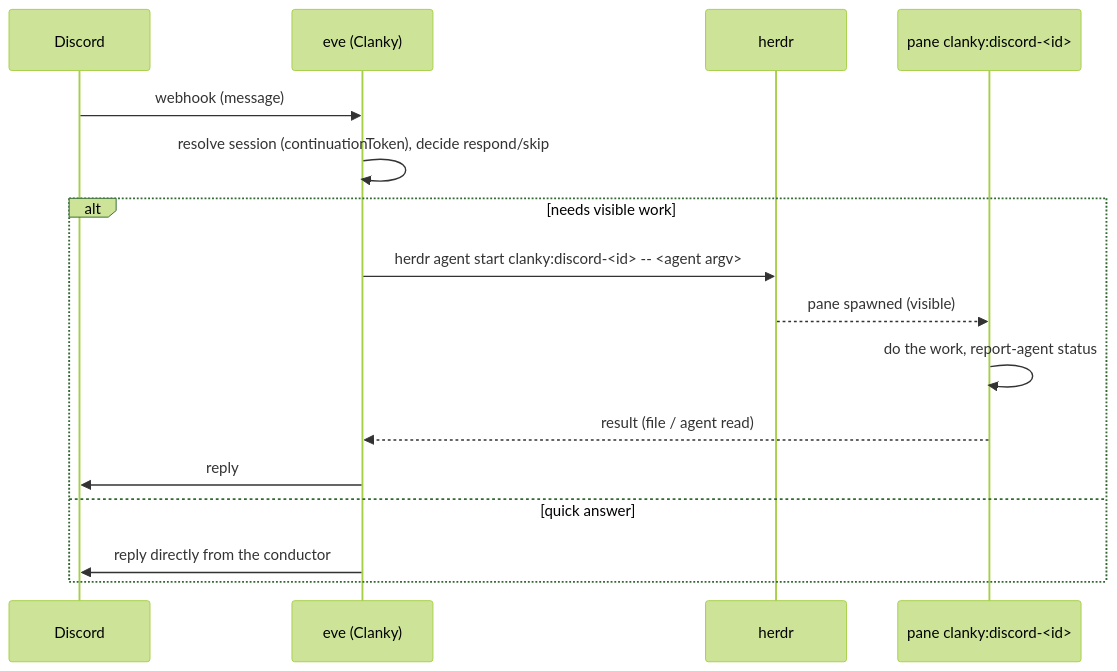
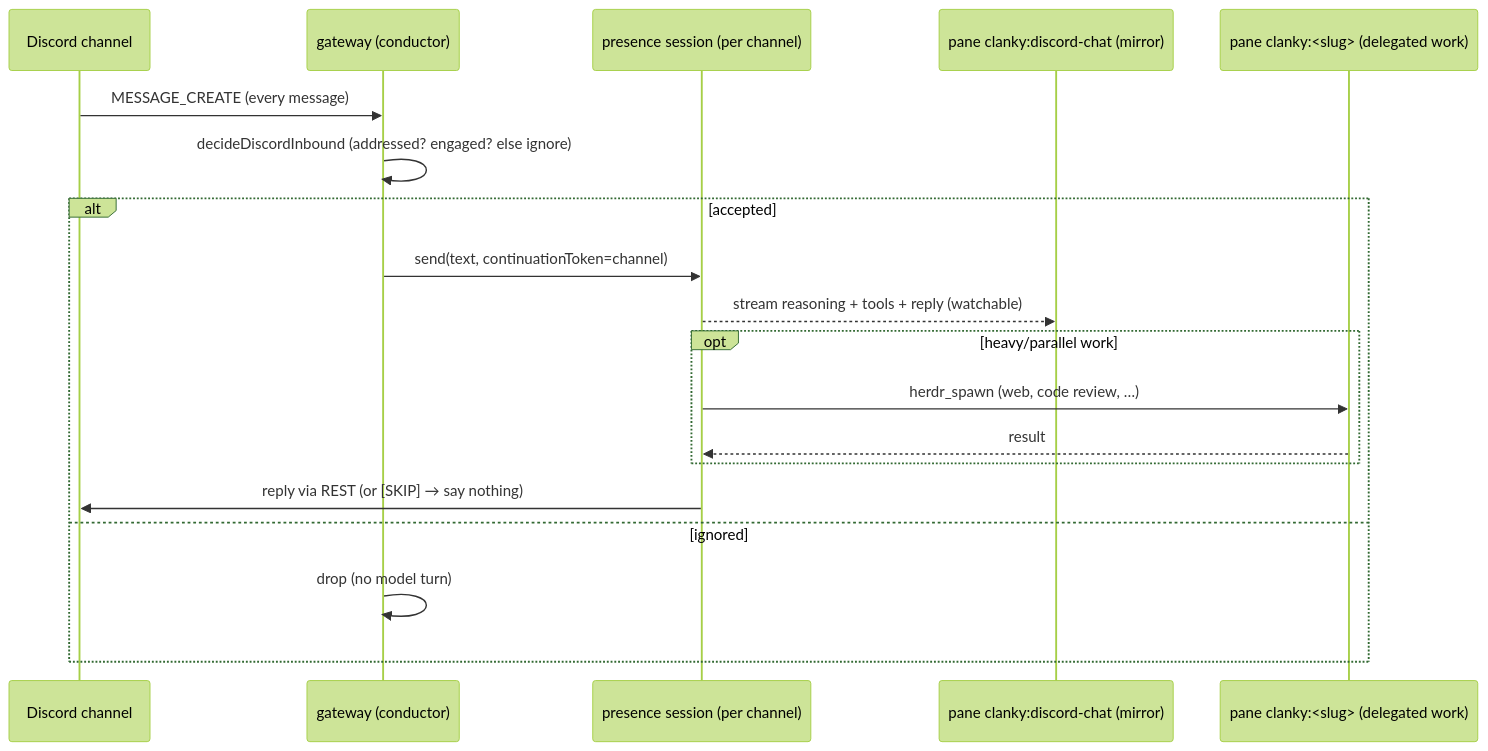
Before and after one commit to Volpestyle/clanky: the third of 3 diagrams in SPEC.md, drawn with Mermaid (forest theme). The commit also changed other lines of this file and 15 other files, not shown here.

````diff
--- a/SPEC.md
+++ b/SPEC.md
@@ -329,18 +373,21 @@
 ```mermaid
 sequenceDiagram
-  participant D as Discord
-  participant E as eve (Clanky)
-  participant H as herdr
-  participant P as pane clanky:discord-<id>
-  D->>E: webhook (message)
-  E->>E: resolve session (continuationToken), decide respond/skip
-  alt needs visible work
-    E->>H: herdr agent start clanky:discord-<id> -- <agent argv>
-    H-->>P: pane spawned (visible)
-    P->>P: do the work, report-agent status
-    P-->>E: result (file / agent read)
-    E->>D: reply
-  else quick answer
-    E->>D: reply directly from the conductor
+  participant D as Discord channel
+  participant G as gateway (conductor)
+  participant S as presence session (per channel)
+  participant P as pane clanky:discord-chat (mirror)
+  participant W as pane clanky:<slug> (delegated work)
+  D->>G: MESSAGE_CREATE (every message)
+  G->>G: decideDiscordInbound (addressed? engaged? else ignore)
+  alt accepted
+    G->>S: send(text, continuationToken=channel)
+    S-->>P: stream reasoning + tools + reply (watchable)
+    opt heavy/parallel work
+      S->>W: herdr_spawn (web, code review, …)
+      W-->>S: result
+    end
+    S->>D: reply via REST  (or [SKIP] → say nothing)
+  else ignored
+    G->>G: drop (no model turn)
   end
 ```
````
